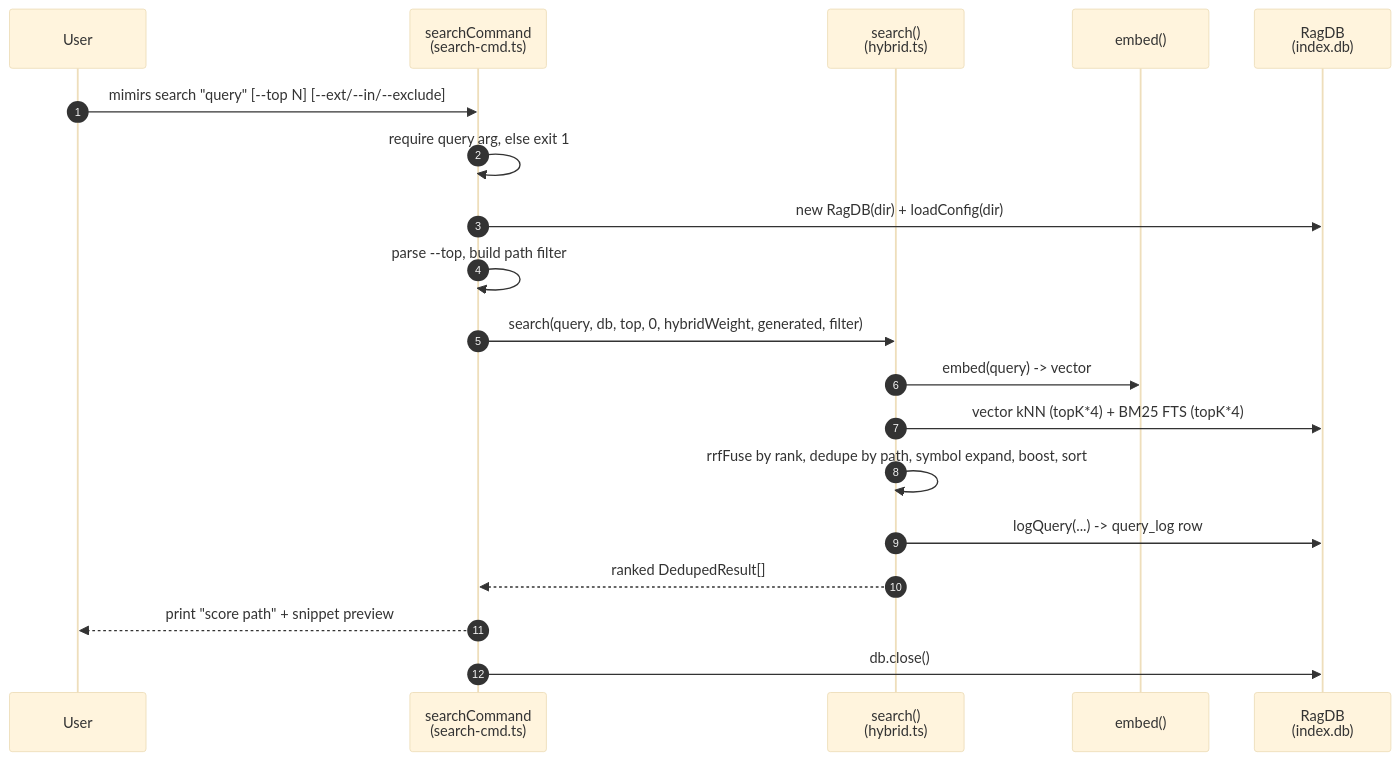
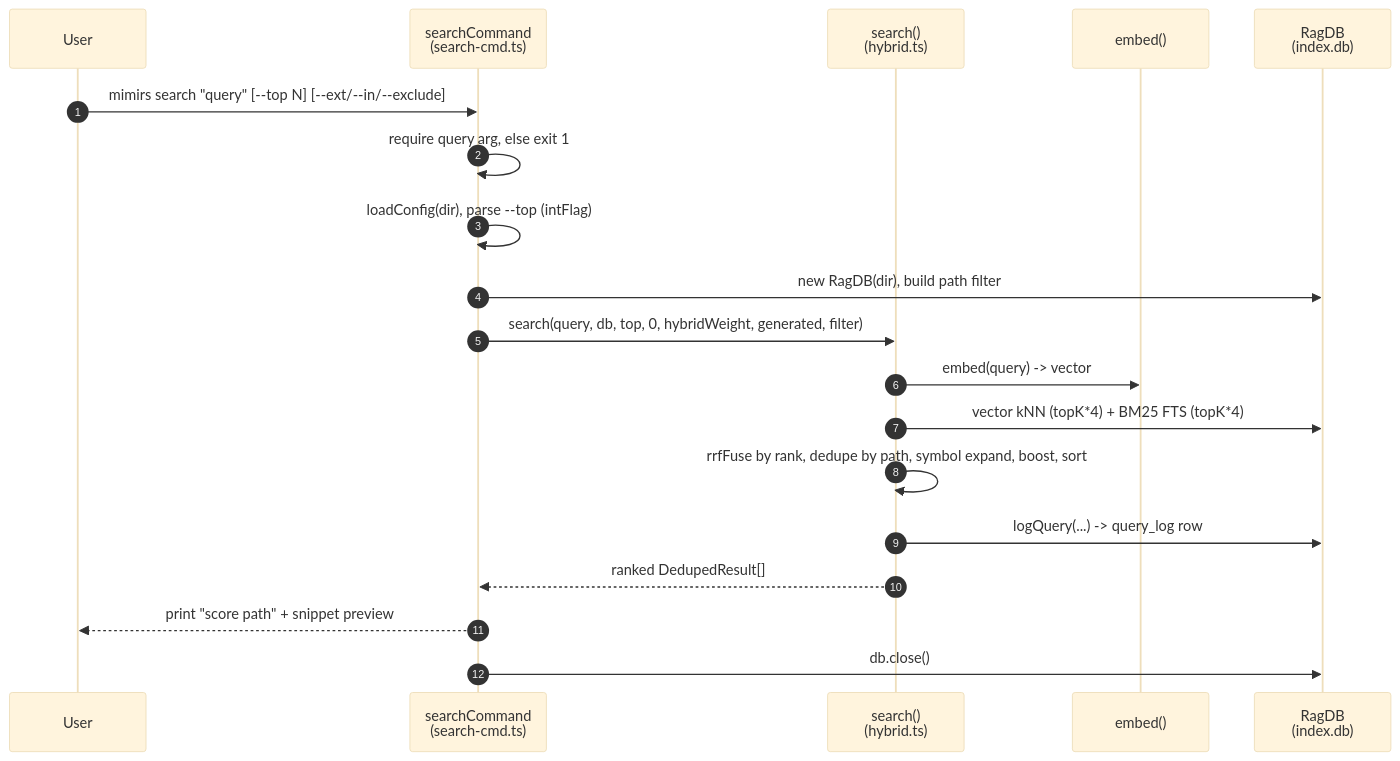
Before and after one commit to TheWinci/mimirs: the diagram in wiki/cli/search.md, drawn with Mermaid (base theme). The commit also changed other lines of this file and 51 other files, not shown here.

````diff
--- a/wiki/cli/search.md
+++ b/wiki/cli/search.md
@@ -11,22 +11,22 @@
 ```mermaid
 sequenceDiagram
     autonumber
     participant User
     participant CLI as searchCommand<br>(search-cmd.ts)
     participant Hybrid as search()<br>(hybrid.ts)
     participant Embed as embed()
     participant DB as RagDB<br>(index.db)
 
     User->>CLI: mimirs search "query" [--top N] [--ext/--in/--exclude]
     CLI->>CLI: require query arg, else exit 1
-    CLI->>DB: new RagDB(dir) + loadConfig(dir)
-    CLI->>CLI: parse --top, build path filter
+    CLI->>CLI: loadConfig(dir), parse --top (intFlag)
+    CLI->>DB: new RagDB(dir), build path filter
     CLI->>Hybrid: search(query, db, top, 0, hybridWeight, generated, filter)
     Hybrid->>Embed: embed(query) -> vector
     Hybrid->>DB: vector kNN (topK*4) + BM25 FTS (topK*4)
     Hybrid->>Hybrid: rrfFuse by rank, dedupe by path, symbol expand, boost, sort
     Hybrid->>DB: logQuery(...) -> query_log row
     Hybrid-->>CLI: ranked DedupedResult[]
     CLI-->>User: print "score  path" + snippet preview
     CLI->>DB: db.close()
 ```
````
